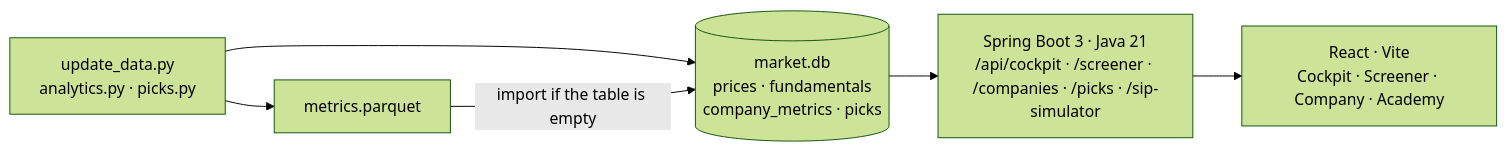
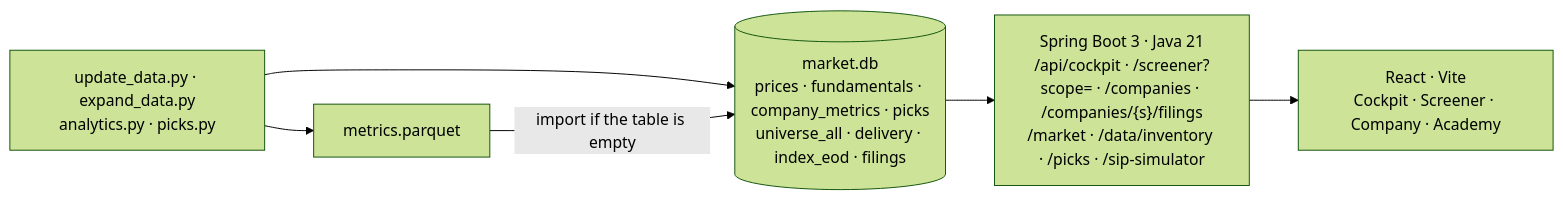
The second of 2 diagrams in ARCHITECTURE.md (RamBagga/Beemer), drawn with Mermaid (forest theme) before and after one commit. The commit also changed other lines of this file and 1 other file, not shown here.

Commit message:
Docs: data sources table, All tech universe and the NSE datasets.

````diff
--- a/ARCHITECTURE.md
+++ b/ARCHITECTURE.md
@@ -124,8 +138,8 @@
 ```mermaid
 flowchart LR
-    ETL["update_data.py<br/>analytics.py · picks.py"] --> DB[("market.db<br/>prices · fundamentals<br/>company_metrics · picks")]
+    ETL["update_data.py · expand_data.py<br/>analytics.py · picks.py"] --> DB[("market.db<br/>prices · fundamentals · company_metrics · picks<br/>universe_all · delivery · index_eod · filings")]
     ETL --> PQ["metrics.parquet"]
     PQ -->|import if the table is empty| DB
-    DB --> API["Spring Boot 3 · Java 21<br/>/api/cockpit · /screener · /companies · /picks · /sip-simulator"]
+    DB --> API["Spring Boot 3 · Java 21<br/>/api/cockpit · /screener?scope= · /companies · /companies/{s}/filings<br/>/market · /data/inventory · /picks · /sip-simulator"]
     API --> WEB["React · Vite<br/>Cockpit · Screener · Company · Academy"]
 ```
````
